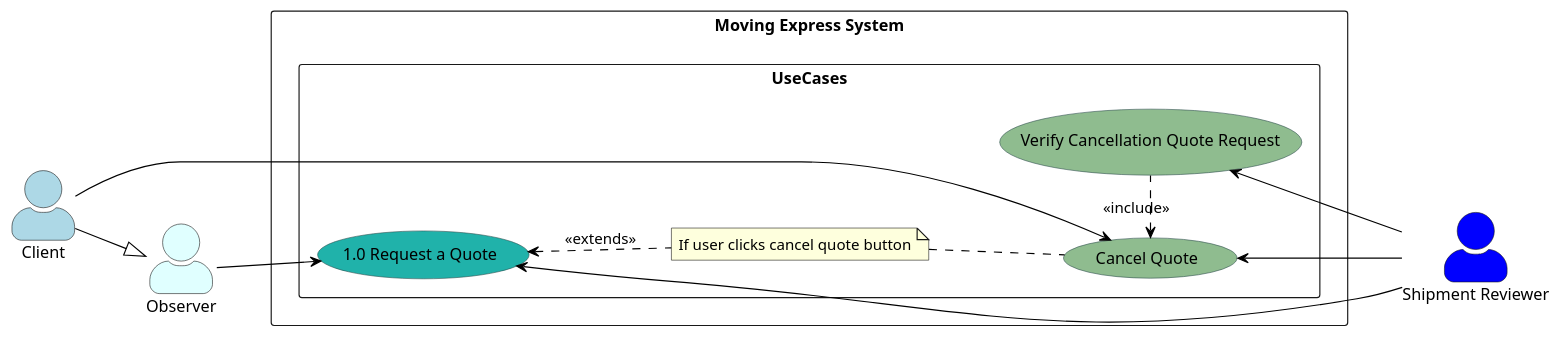
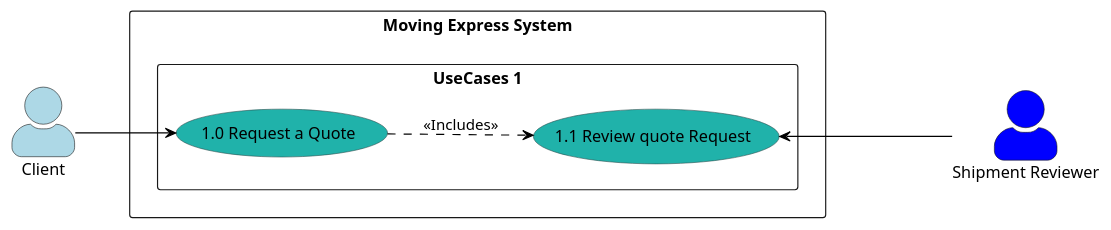
One commit to nic5694/MovingExpress changed the diagram in Diagrams/UseCaseDiagrams/LoweLevel/UC1.puml. Above: the diagram before and after it, drawn with PlantUML.

Commit message:
Lower level use case for request quote done

```diff
--- a/Diagrams/UseCaseDiagrams/LoweLevel/UC1.puml
+++ b/Diagrams/UseCaseDiagrams/LoweLevel/UC1.puml
@@ -1,43 +1,36 @@
 @startuml
 
 left to right direction
 skinparam actorStyle awesome
 
 skinparam usecase {
     BackgroundColor DarkSeaGreen
     BorderColor DarkSlateGray
     ArrowColor Black
     ActorBorderColor black
     ActorFontName Courier
     ActorBackgroundColor<< Human >> Gold
 }
 
 actor Client as "Client" #LightBlue
 actor "Shipment Reviewer" as ShipmentReviewer #Blue
-actor "Observer" as Observer #LightCyan
 
 rectangle "Moving Express System" {
-    rectangle UseCases {
+    rectangle "UseCases 1"  {
       usecase "1.0 Request a Quote" as UC1 #LightSeaGreen
-      usecase "Cancel Quote" as UC1_1
-      usecase "Verify Cancellation Quote Request" as UC1_2
+      usecase "1.1 Review quote Request" as UC1_1  #LightSeaGreen
 
-      note "If user clicks cancel quote button" as N1
+/'
+      note "If the quote was refused" as N1
+'/
     }
 }
 
-UC1_1 <. UC1_2 : <<include>>
+Client --> UC1
 
-Client --|> Observer
-Client --> UC1_1
+UC1_1 <--- ShipmentReviewer
 
-Observer --> UC1
+UC1 ..> UC1_1  : <<Includes>>
 
-UC1_1 <-- ShipmentReviewer
-UC1_2 <-- ShipmentReviewer
-UC1 <-- ShipmentReviewer
-
-UC1 <.. N1 : <<extends>>
-N1 .. (UC1_1)
 
 @enduml
```
